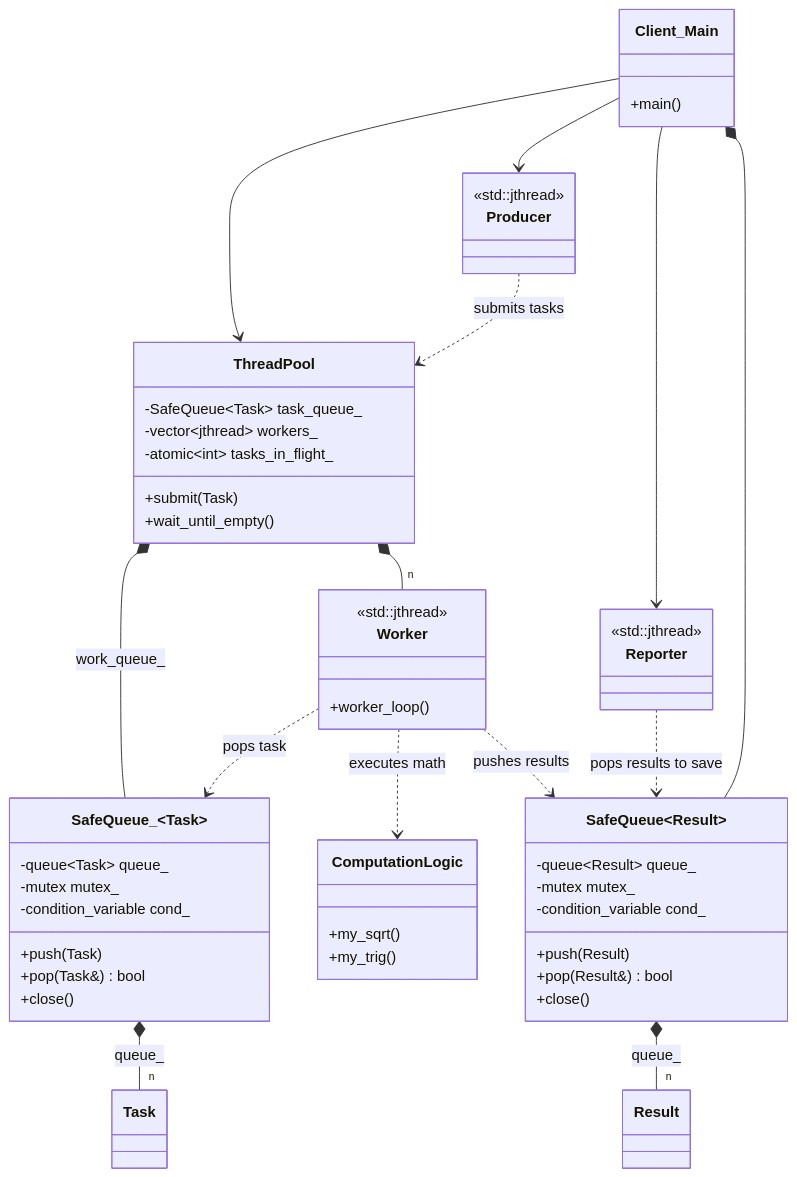
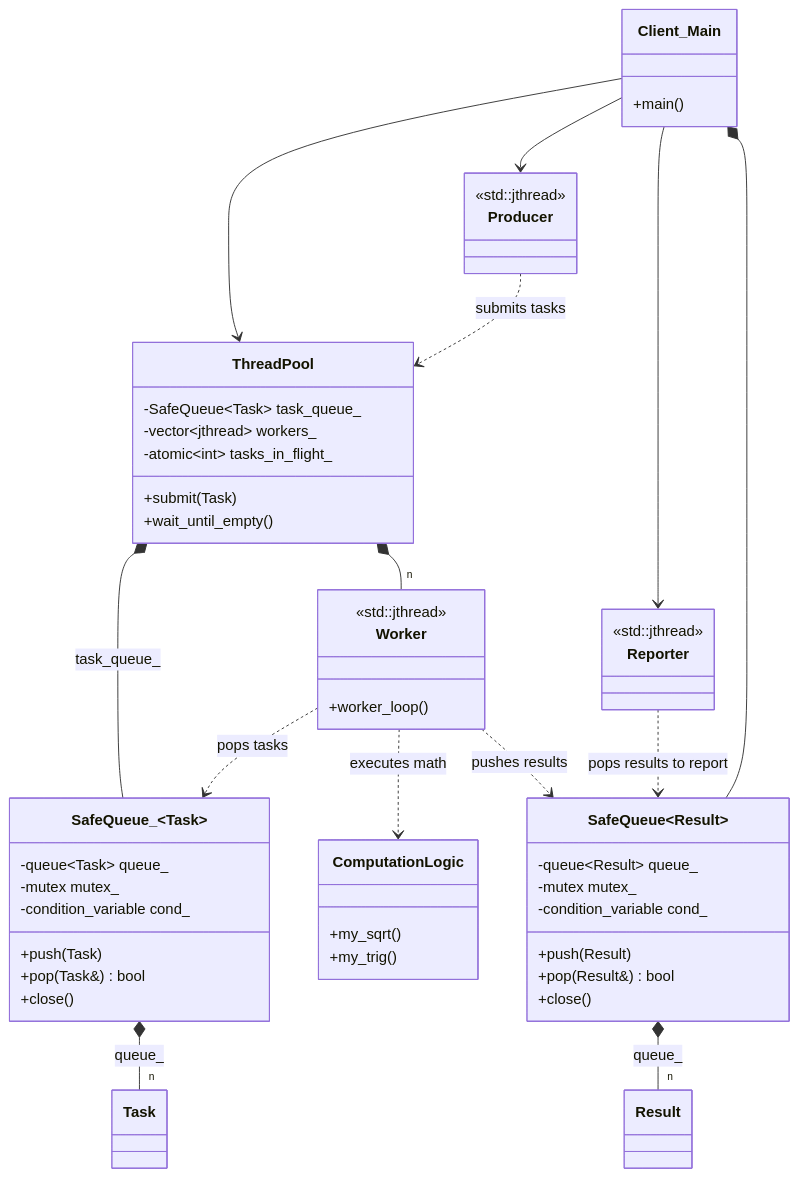
One commit to MarioGalindoQ/Modern-CPP-Design-Patterns changed the diagram in 34_ThreadPool/README.md. Above: the diagram before and after it, drawn with Mermaid. The commit also changed 1 other file, not shown here.

Commit message:
Improve UML

````diff
--- a/34_ThreadPool/README.md
+++ b/34_ThreadPool/README.md
@@ -70,79 +70,79 @@
 ```mermaid
 classDiagram
    class SafeQueue_~Task~ {
       -queue~Task~ queue_
       -mutex mutex_
       -condition_variable cond_
       +push(Task)
       +pop(Task&) bool
       +close()
    }
 
    class SafeQueue~Result~ {
       -queue~Result~ queue_
       -mutex mutex_
       -condition_variable cond_
       +push(Result)
       +pop(Result&) bool
       +close()
    }
 
    class ThreadPool {
       -SafeQueue~Task~ task_queue_
       -vector~jthread~ workers_
       -atomic~int~ tasks_in_flight_
       +submit(Task)
       +wait_until_empty()
    }
 
    class Worker {
       <<std::jthread>>
       +worker_loop()
    }
 
    class Result {
    }
 
    class Task {
    }
 
    class Client_Main {
       +main()
    }
 
    class Producer {
       <<std::jthread>>
    }
 
    class Reporter {
       <<std::jthread>>
    }
 
    class ComputationLogic {
       +my_sqrt()
       +my_trig()
    }
 
    %% The Pool owns its internal components
-   ThreadPool *-- SafeQueue_~Task~ : work_queue_
+   ThreadPool *-- SafeQueue_~Task~ : task_queue_
    ThreadPool *-- "n" Worker
 
    %% Tasks in SafeQueue~Task~
    SafeQueue_~Task~ *-- "n" Task : queue_
 
    %% Results in SafeQueue~Result~
    SafeQueue~Result~ *-- "n" Result : queue_
 
    %% The Client (Main) creates the high-level infrastructure
    Client_Main --> ThreadPool
    Client_Main --> Producer
    Client_Main --> Reporter
    Client_Main *-- SafeQueue~Result~
 
    %% Operational dependencies
    Producer ..> ThreadPool : submits tasks
-   Worker ..> SafeQueue_~Task~ : pops task
+   Worker ..> SafeQueue_~Task~ : pops tasks
    Worker ..> ComputationLogic : executes math
    Worker ..> SafeQueue~Result~ : pushes results
-   Reporter ..> SafeQueue~Result~ : pops results to save
+   Reporter ..> SafeQueue~Result~ : pops results to report
 ```
````
